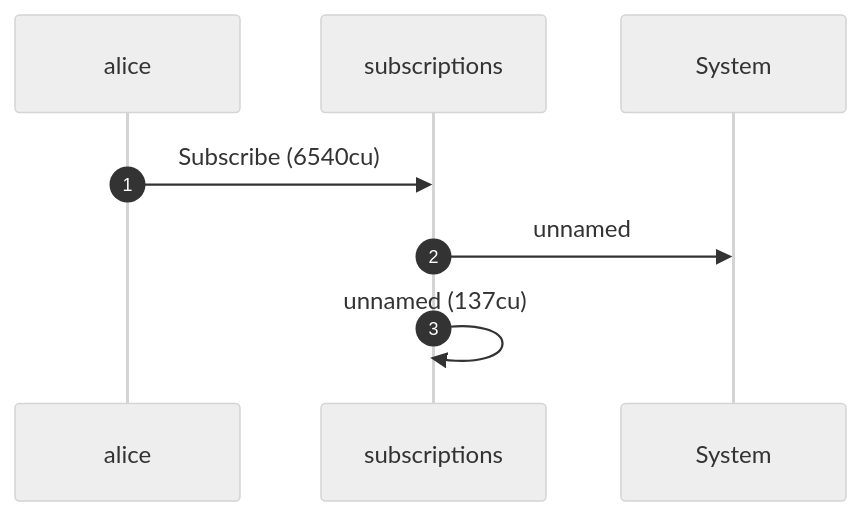
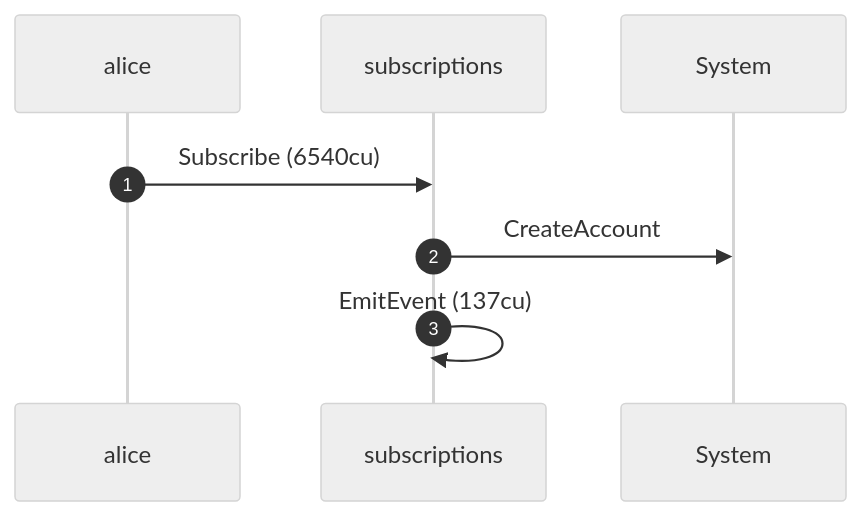
One commit to cds-rs/subscriptions changed the ninth of 24 diagrams in dsl_tests/a-sponsor-can-revoke-a-subscription-once-the-plan-is-closed.md. Above: the diagram before and after it, drawn with Mermaid (neutral theme). The commit also changed other lines of this file and 219 other files, not shown here.

````diff
--- a/dsl_tests/a-sponsor-can-revoke-a-subscription-once-the-plan-is-closed.md
+++ b/dsl_tests/a-sponsor-can-revoke-a-subscription-once-the-plan-is-closed.md
@@ -180,10 +180,10 @@
 ```mermaid
 sequenceDiagram
     autonumber
     participant alice
     participant subscriptions
     participant System
     alice ->> subscriptions: Subscribe (6540cu)
-    subscriptions ->> System: unnamed
-    subscriptions ->> subscriptions: unnamed (137cu)
+    subscriptions ->> System: CreateAccount
+    subscriptions ->> subscriptions: EmitEvent (137cu)
 ```
````
